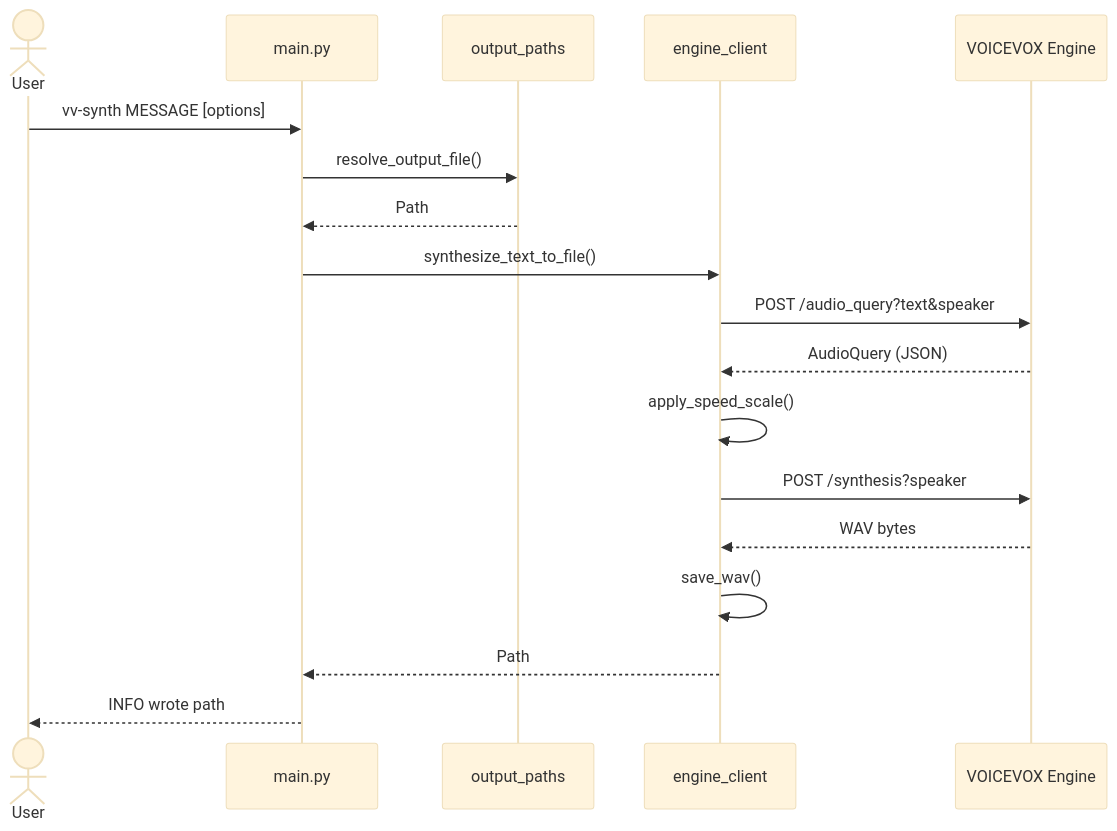
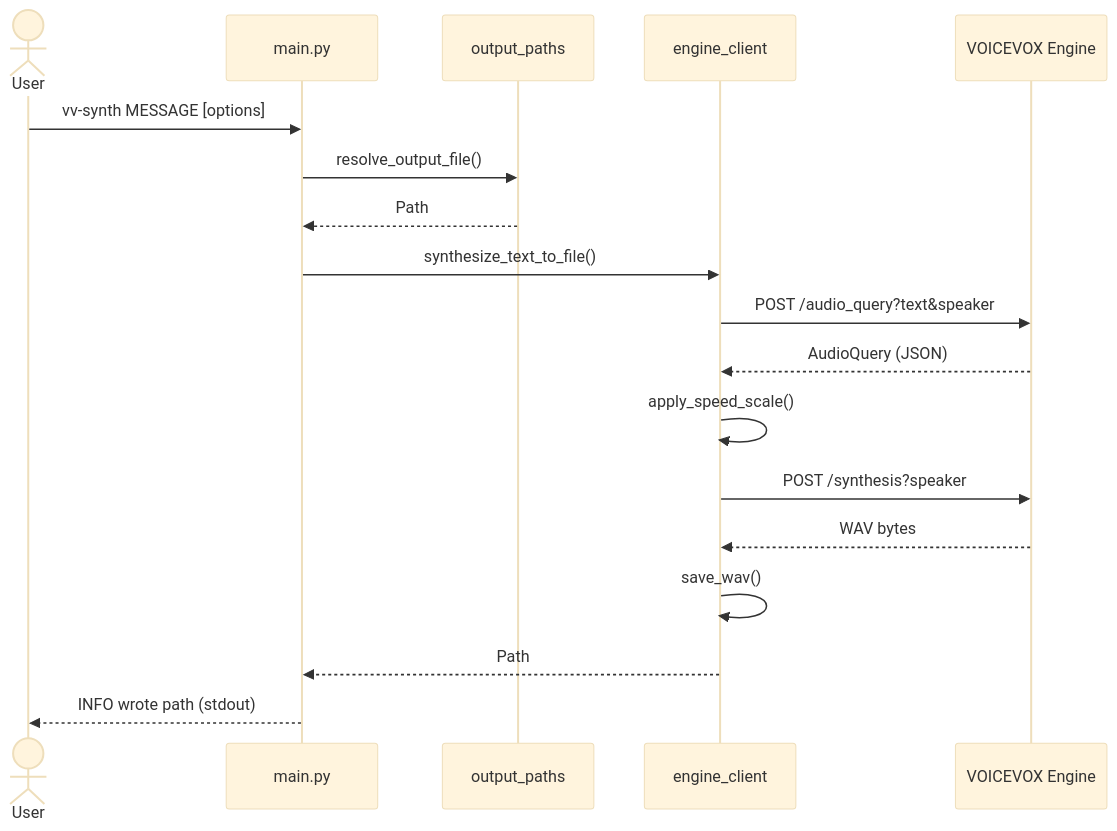
Before and after one commit to ru-461/vv-synth: the second of 2 diagrams in README.md, drawn with Mermaid (base theme). The commit also changed other lines of this file and 9 other files, not shown here.

Commit message:
update: reject non-finite --speed and print only the saved path to stdout

````diff
--- a/README.md
+++ b/README.md
@@ -302,21 +304,21 @@
 ```mermaid
 sequenceDiagram
   actor U as User
   participant M as main.py
   participant P as output_paths
   participant C as engine_client
   participant E as VOICEVOX Engine
 
   U->>M: vv-synth MESSAGE [options]
   M->>P: resolve_output_file()
   P-->>M: Path
   M->>C: synthesize_text_to_file()
   C->>E: POST /audio_query?text&speaker
   E-->>C: AudioQuery (JSON)
   C->>C: apply_speed_scale()
   C->>E: POST /synthesis?speaker
   E-->>C: WAV bytes
   C->>C: save_wav()
   C-->>M: Path
-  M-->>U: INFO wrote path
+  M-->>U: INFO wrote path (stdout)
 ```
````
